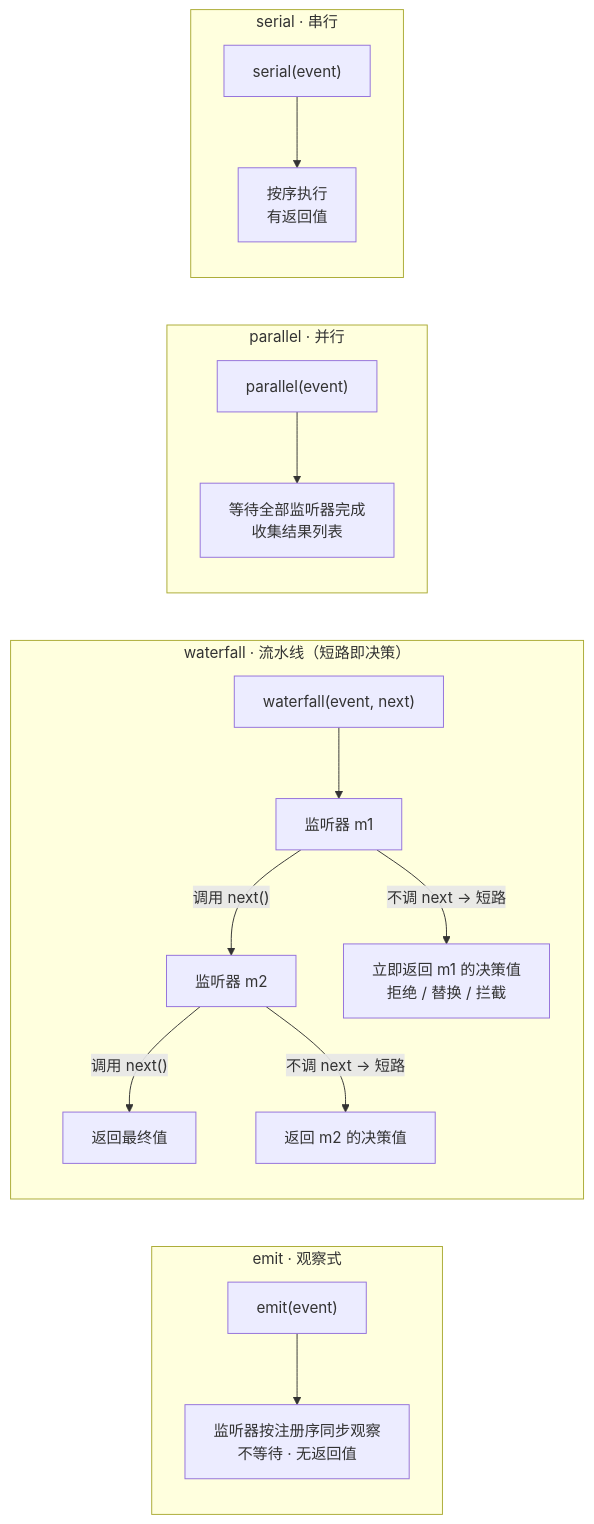
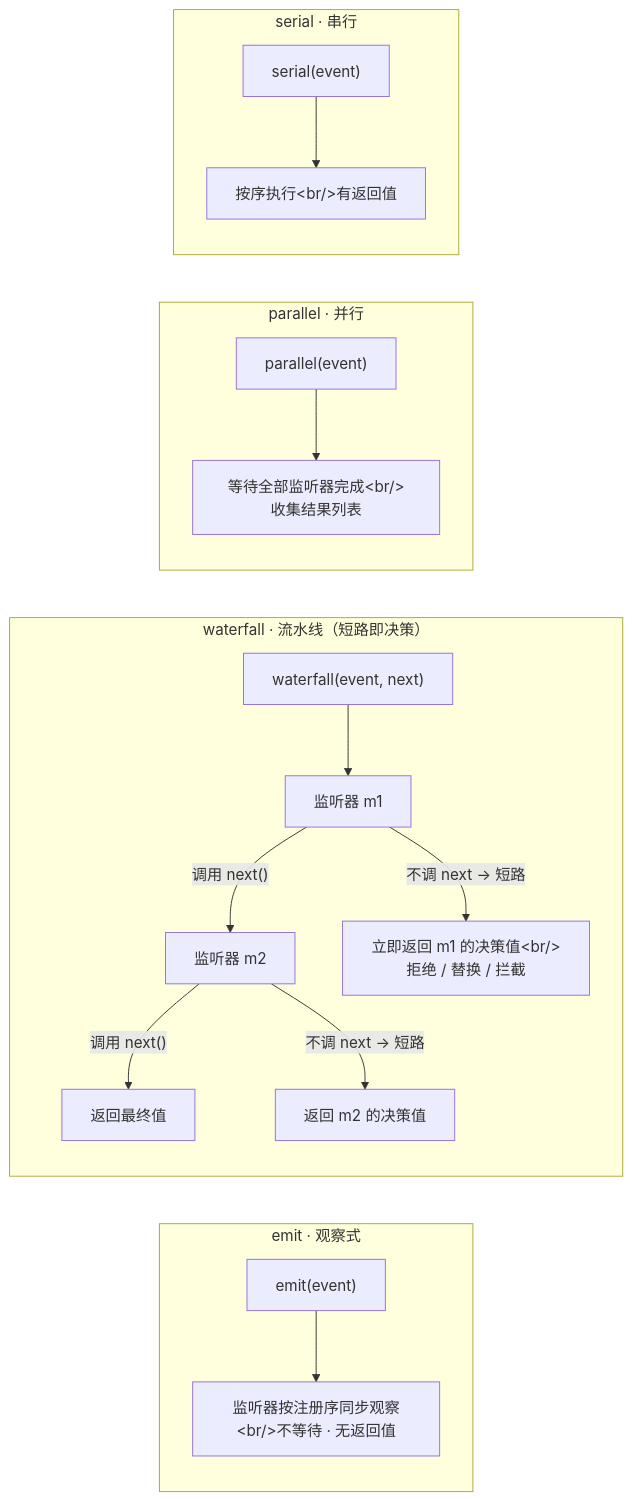
Before and after one commit to ZZKeepCurious/mini-deepseek-harness-python: the third of 9 diagrams in docs/report/02-architecture.md, drawn with Mermaid. The commit also changed other lines of this file and 27 other files, not shown here.

````diff
--- a/docs/report/02-architecture.md
+++ b/docs/report/02-architecture.md
@@ -117,19 +117,19 @@
 ```mermaid
 flowchart LR
   subgraph EM["emit · 观察式"]
-    e1["emit(event)"] --> e2["监听器按注册序同步观察<br/>不等待 · 无返回值"]
+    e1["emit(event)"] --> e2["监听器按注册序同步观察&lt;br/&gt;不等待 · 无返回值"]
   end
   subgraph WF["waterfall · 流水线（短路即决策）"]
     w1["waterfall(event, next)"] --> w2["监听器 m1"]
     w2 -->|"调用 next()"| w3["监听器 m2"]
-    w2 -->|"不调 next → 短路"| w4["立即返回 m1 的决策值<br/>拒绝 / 替换 / 拦截"]
+    w2 -->|"不调 next → 短路"| w4["立即返回 m1 的决策值&lt;br/&gt;拒绝 / 替换 / 拦截"]
     w3 -->|"调用 next()"| w5["返回最终值"]
     w3 -->|"不调 next → 短路"| w6["返回 m2 的决策值"]
   end
   subgraph PA["parallel · 并行"]
-    p1["parallel(event)"] --> p2["等待全部监听器完成<br/>收集结果列表"]
+    p1["parallel(event)"] --> p2["等待全部监听器完成&lt;br/&gt;收集结果列表"]
   end
   subgraph SE["serial · 串行"]
-    s1["serial(event)"] --> s2["按序执行<br/>有返回值"]
+    s1["serial(event)"] --> s2["按序执行&lt;br/&gt;有返回值"]
   end
 ```
````
